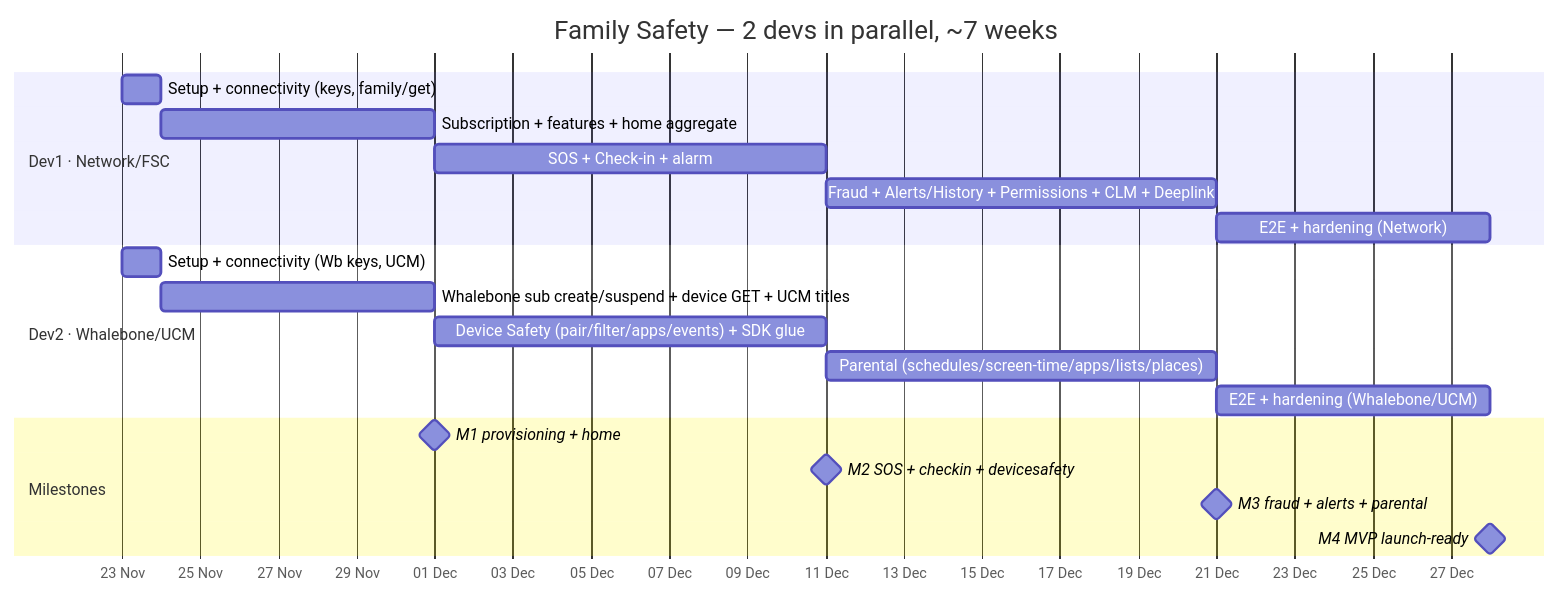
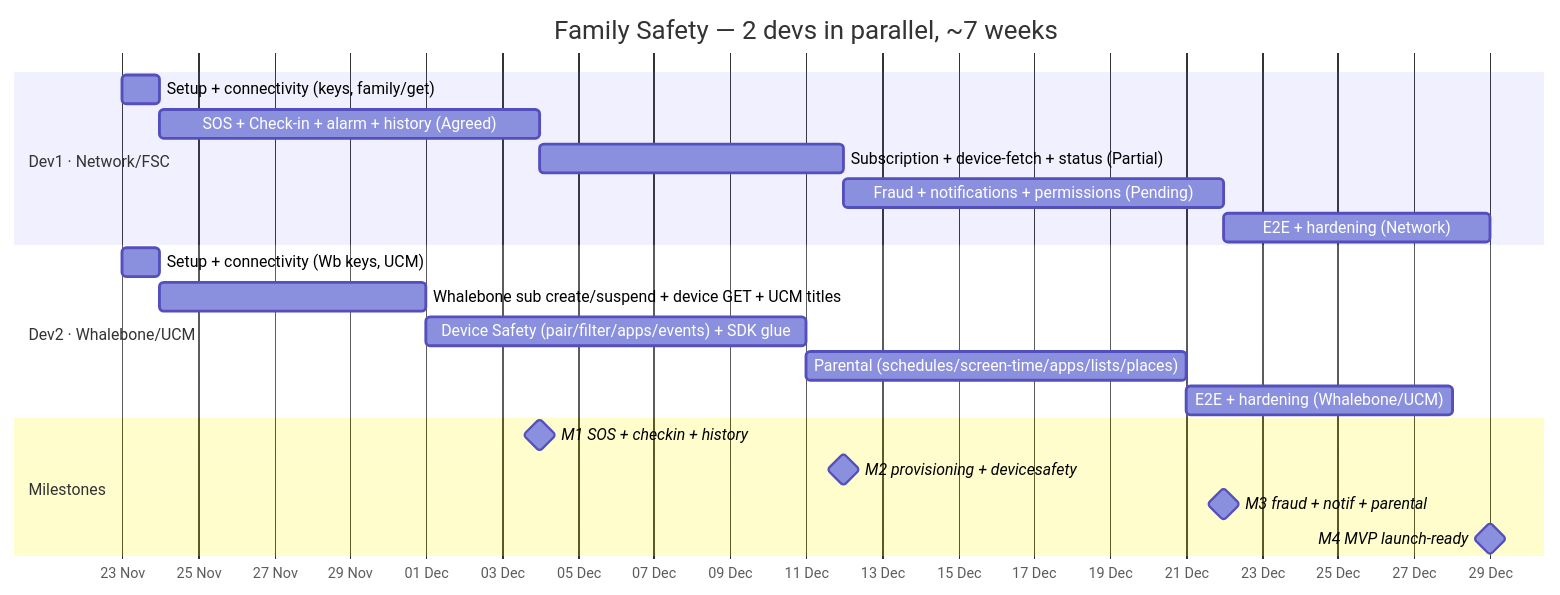
The diagram in docs/family-safety/Integration-and-Dev-Plan.md (Amitpawar503/lazzy), drawn with Mermaid before and after one commit. The commit also changed other lines of this file and 2 other files, not shown here.

Commit message:
Update dev plan with 23 Nov Network API agreement status

````diff
--- a/docs/family-safety/Integration-and-Dev-Plan.md
+++ b/docs/family-safety/Integration-and-Dev-Plan.md
@@ -19,26 +48,26 @@
 ```mermaid
 gantt
     dateFormat  YYYY-MM-DD
     axisFormat  %d %b
     title Family Safety — 2 devs in parallel, ~7 weeks
 
     section Dev1 · Network/FSC
     Setup + connectivity (keys, family/get)      :a0, 2026-11-23, 1d
-    Subscription + features + home aggregate      :a1, after a0, 7d
-    SOS + Check-in + alarm                         :a2, after a1, 10d
-    Fraud + Alerts/History + Permissions + CLM + Deeplink :a3, after a2, 10d
+    SOS + Check-in + alarm + history (Agreed)     :a1, after a0, 10d
+    Subscription + device-fetch + status (Partial) :a2, after a1, 8d
+    Fraud + notifications + permissions (Pending) :a3, after a2, 10d
     E2E + hardening (Network)                      :a4, after a3, 7d
 
     section Dev2 · Whalebone/UCM
     Setup + connectivity (Wb keys, UCM)           :b0, 2026-11-23, 1d
     Whalebone sub create/suspend + device GET + UCM titles :b1, after b0, 7d
     Device Safety (pair/filter/apps/events) + SDK glue :b2, after b1, 10d
     Parental (schedules/screen-time/apps/lists/places) :b3, after b2, 10d
     E2E + hardening (Whalebone/UCM)                :b4, after b3, 7d
 
     section Milestones
-    M1 provisioning + home         :milestone, m1, after a1, 0d
-    M2 SOS + checkin + devicesafety :milestone, m2, after a2, 0d
-    M3 fraud + alerts + parental    :milestone, m3, after a3, 0d
+    M1 SOS + checkin + history     :milestone, m1, after a1, 0d
+    M2 provisioning + devicesafety :milestone, m2, after a2, 0d
+    M3 fraud + notif + parental    :milestone, m3, after a3, 0d
     M4 MVP launch-ready            :milestone, m4, after a4, 0d
 ```
````
